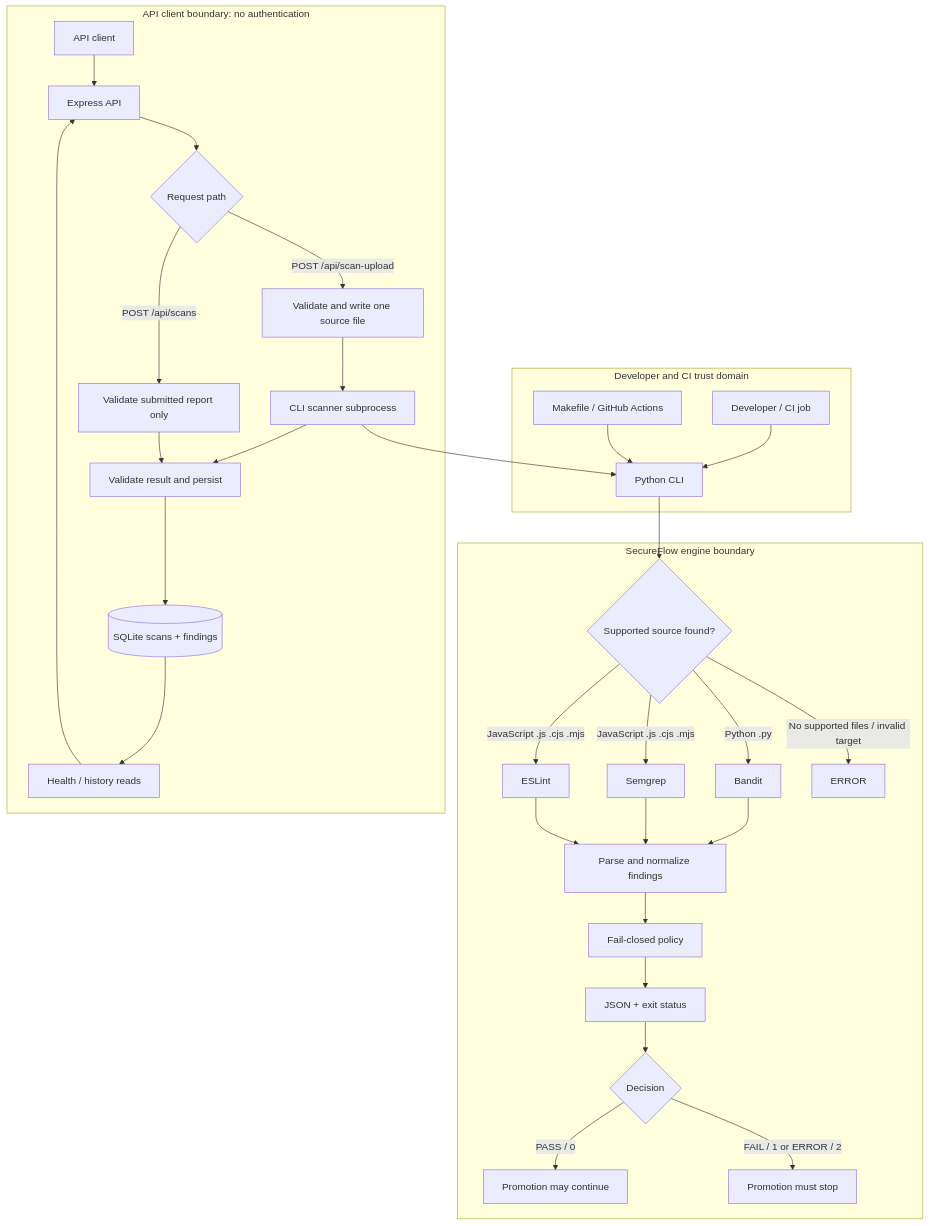
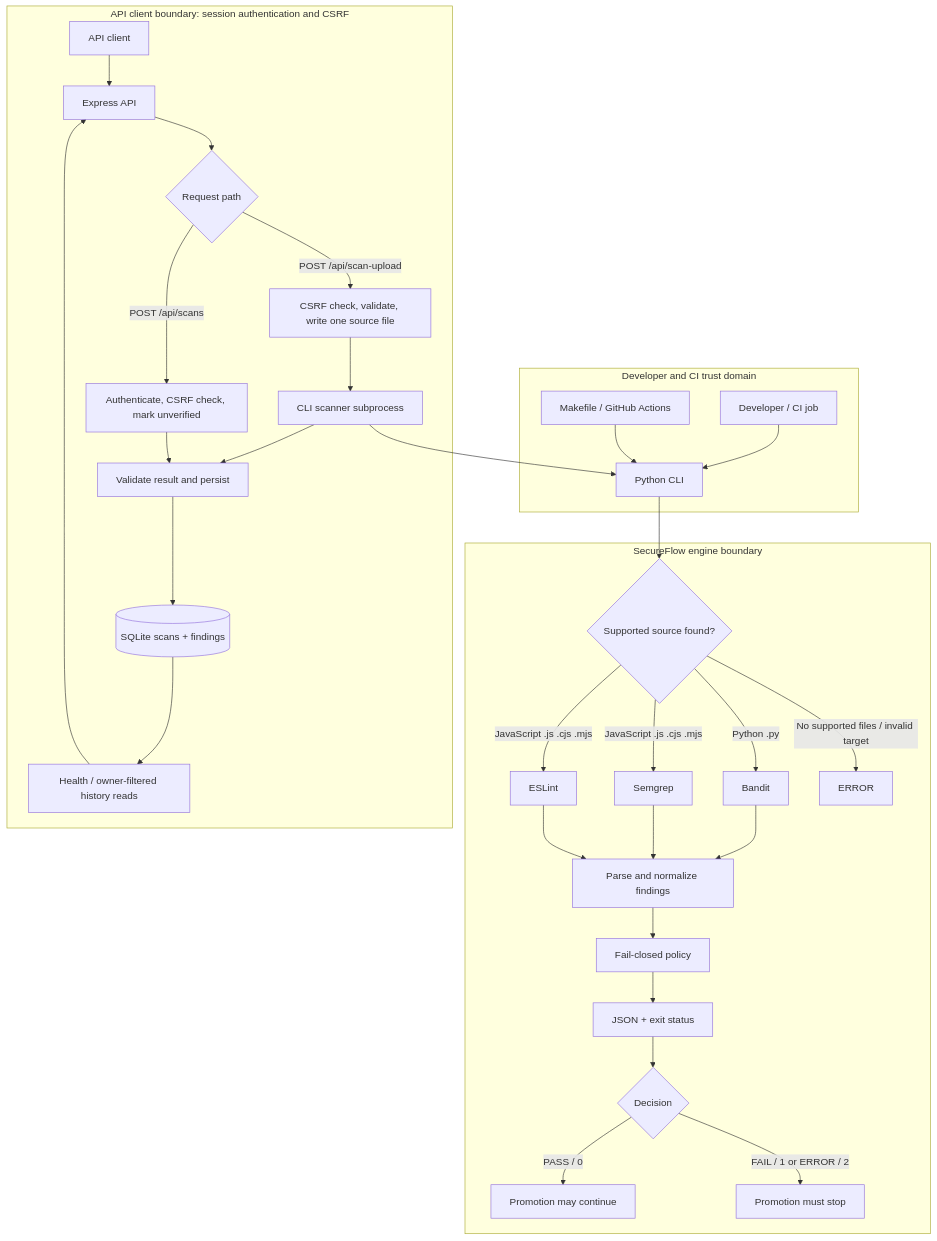
Before and after one commit to Igna73M/secureflow: the first of 2 diagrams in docs/threat-model.md, drawn with Mermaid. The commit also changed other lines of this file and 22 other files, not shown here.

Commit message:
feat: harden SecureFlow authentication and scan execution

````diff
--- a/docs/threat-model.md
+++ b/docs/threat-model.md
@@ -17,37 +17,37 @@
 ```mermaid
 flowchart TB
     subgraph DevCI["Developer and CI trust domain"]
         A["Developer / CI job"] --> B["Python CLI"]
         CI["Makefile / GitHub Actions"] --> B
     end
 
     subgraph Engine["SecureFlow engine boundary"]
         B --> C{"Supported source found?"}
         C -->|"Python .py"| D["Bandit"]
         C -->|"JavaScript .js .cjs .mjs"| E["Semgrep"]
         C -->|"JavaScript .js .cjs .mjs"| F["ESLint"]
         C -->|"No supported files / invalid target"| G["ERROR"]
         D --> H["Parse and normalize findings"]
         E --> H
         F --> H
         H --> J["Fail-closed policy"]
         J --> K["JSON + exit status"]
         K --> L{"Decision"}
         L -->|PASS / 0| M["Promotion may continue"]
         L -->|FAIL / 1 or ERROR / 2| N["Promotion must stop"]
     end
 
-    subgraph UntrustedAPI["API client boundary: no authentication"]
+    subgraph UntrustedAPI["API client boundary: session authentication and CSRF"]
         U["API client"] --> V["Express API"]
         V --> W{"Request path"}
-        W -->|"POST /api/scan-upload"| X["Validate and write one source file"]
+        W -->|"POST /api/scan-upload"| X["CSRF check, validate, write one source file"]
         X --> Y["CLI scanner subprocess"]
         Y --> B
         Y --> Z["Validate result and persist"]
-        W -->|"POST /api/scans"| R["Validate submitted report only"]
+        W -->|"POST /api/scans"| R["Authenticate, CSRF check, mark unverified"]
         R --> Z
         Z --> DB[("SQLite scans + findings")]
-        DB --> GET["Health / history reads"]
+        DB --> GET["Health / owner-filtered history reads"]
         GET --> V
     end
 ```
````
